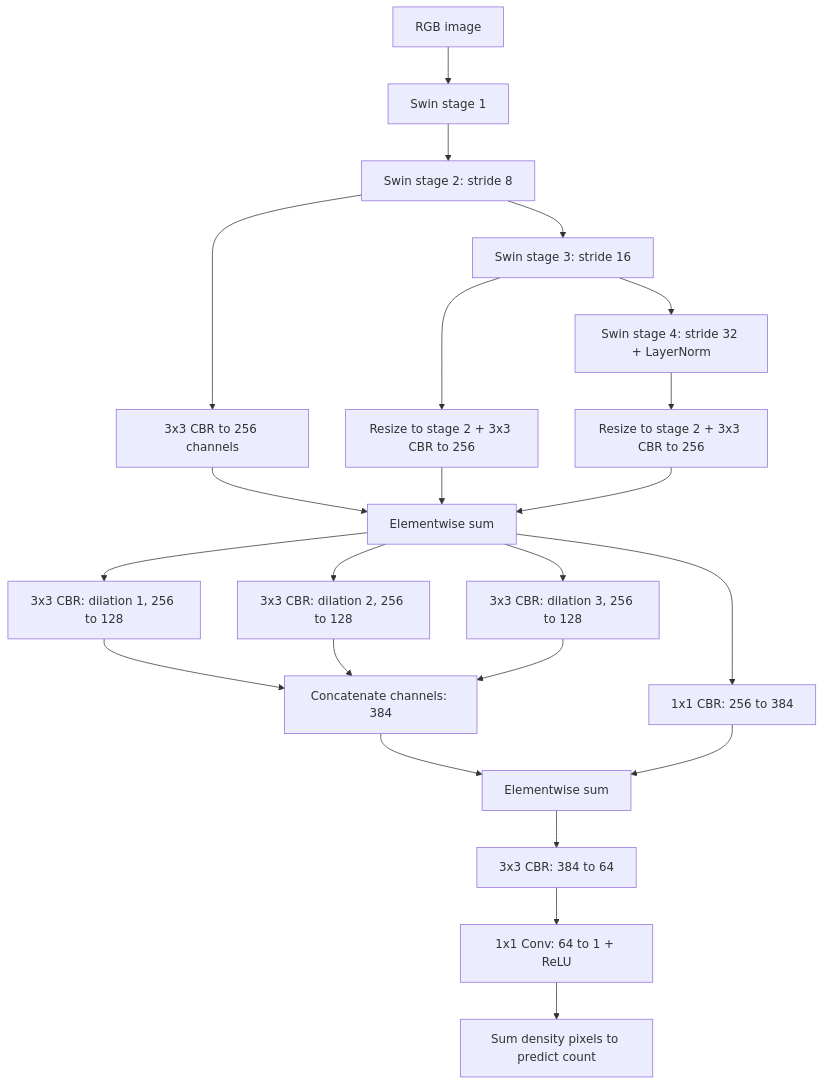
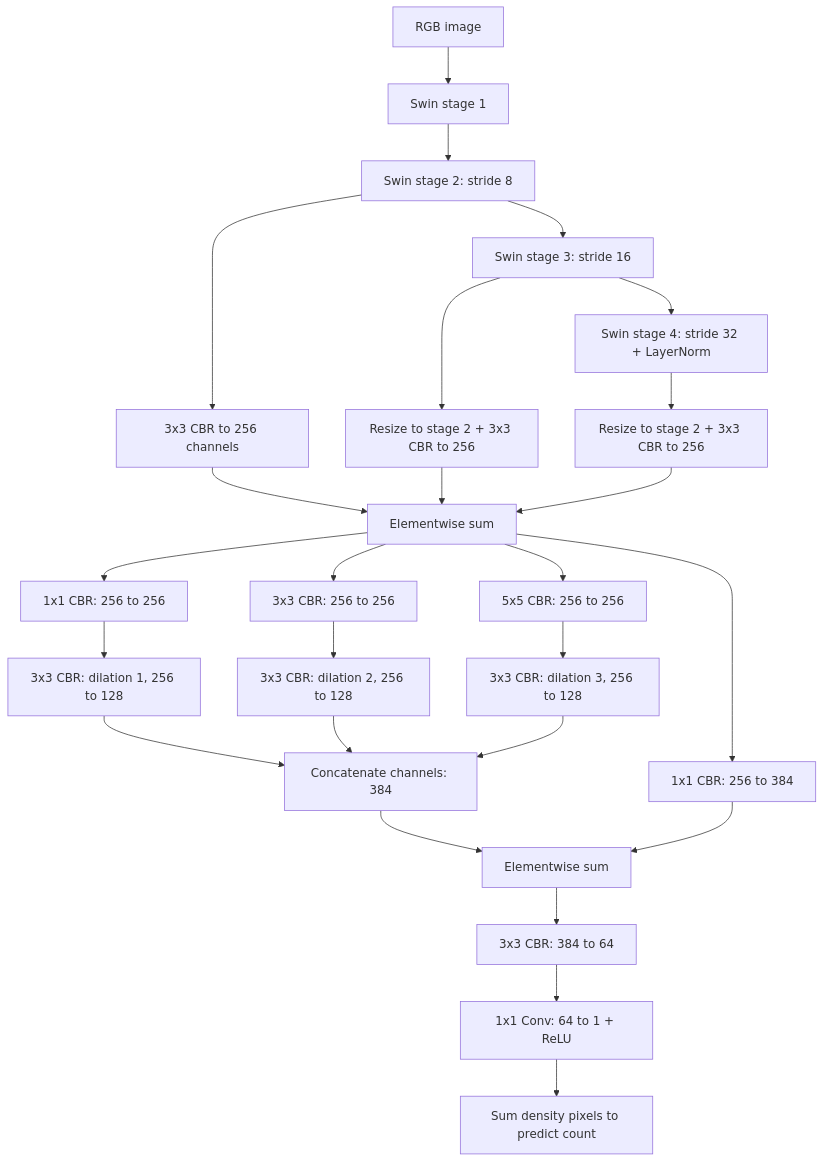
The diagram in README.md (Yulu0520/Swin-Transformer), drawn with Mermaid before and after one commit. The commit also changed other lines of this file and 10 other files, not shown here.

````diff
--- a/README.md
+++ b/README.md
@@ -11,25 +11,28 @@
 ```mermaid
 flowchart TD
     I[RGB image] --> S1[Swin stage 1]
     S1 --> S2[Swin stage 2: stride 8]
     S2 --> S3[Swin stage 3: stride 16]
     S3 --> S4[Swin stage 4: stride 32 + LayerNorm]
     S2 --> A[3x3 CBR to 256 channels]
     S3 --> B[Resize to stage 2 + 3x3 CBR to 256]
     S4 --> C[Resize to stage 2 + 3x3 CBR to 256]
     A --> SUM[Elementwise sum]
     B --> SUM
     C --> SUM
-    SUM --> D1[3x3 CBR: dilation 1, 256 to 128]
-    SUM --> D2[3x3 CBR: dilation 2, 256 to 128]
-    SUM --> D3[3x3 CBR: dilation 3, 256 to 128]
+    SUM --> P1[1x1 CBR: 256 to 256]
+    SUM --> P2[3x3 CBR: 256 to 256]
+    SUM --> P3[5x5 CBR: 256 to 256]
+    P1 --> D1[3x3 CBR: dilation 1, 256 to 128]
+    P2 --> D2[3x3 CBR: dilation 2, 256 to 128]
+    P3 --> D3[3x3 CBR: dilation 3, 256 to 128]
     SUM --> SKIP[1x1 CBR: 256 to 384]
     D1 --> CAT[Concatenate channels: 384]
     D2 --> CAT
     D3 --> CAT
     CAT --> ADD[Elementwise sum]
     SKIP --> ADD
     ADD --> HEAD[3x3 CBR: 384 to 64]
     HEAD --> OUT[1x1 Conv: 64 to 1 + ReLU]
     OUT --> COUNT[Sum density pixels to predict count]
 ```
````
